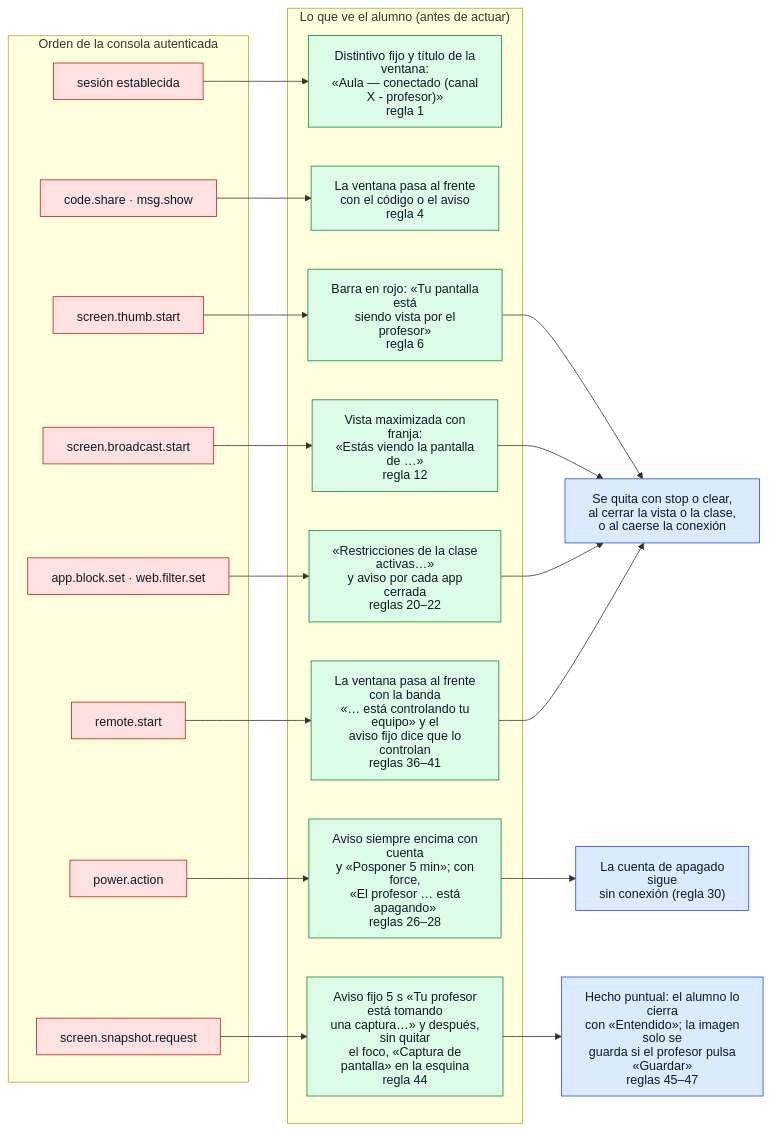
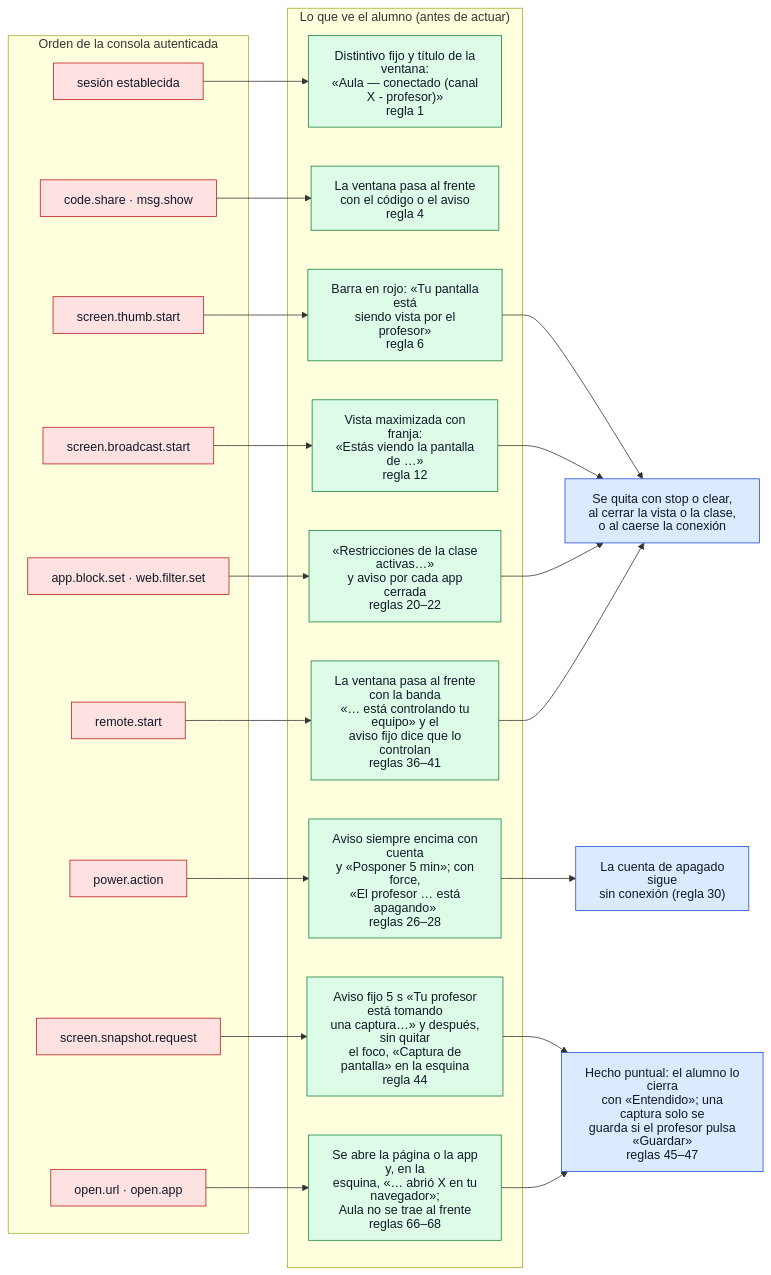
Before and after one commit to bayalad7/aula: the diagram in docs/v1/diagramas/09-transparencia-avisos.md, drawn with Mermaid. The commit also changed other lines of this file and 18 other files, not shown here.

First line of the commit message:
documentacion(docs): privacidad, manual, diagramas 09 y 13 y pruebas de abrir página o app

````diff
--- a/docs/v1/diagramas/09-transparencia-avisos.md
+++ b/docs/v1/diagramas/09-transparencia-avisos.md
@@ -14,52 +14,56 @@
 ```mermaid
 %%{init: {"htmlLabels": false, "flowchart": {"htmlLabels": false}}}%%
 flowchart LR
     subgraph ordenes["Orden de la consola autenticada"]
         conexion["sesión establecida"]
         share["code.share · msg.show"]
         thumb["screen.thumb.start"]
         bcast["screen.broadcast.start"]
         pol["app.block.set · web.filter.set"]
         pwr["power.action"]
         rmt["remote.start"]
         snap["screen.snapshot.request"]
+        abrir["open.url · open.app"]
     end
 
     subgraph avisos["Lo que ve el alumno (antes de actuar)"]
         distintivo["Distintivo fijo y título de la ventana:<br/>«Aula — conectado (canal X - profesor)»<br/>regla 1"]
         frente["La ventana pasa al frente<br/>con el código o el aviso<br/>regla 4"]
         visto["Barra en rojo: «Tu pantalla está<br/>siendo vista por el profesor»<br/>regla 6"]
         franja["Vista maximizada con franja:<br/>«Estás viendo la pantalla de …»<br/>regla 12"]
         restr["«Restricciones de la clase activas…»<br/>y aviso por cada app cerrada<br/>reglas 20–22"]
         energia["Aviso siempre encima con cuenta<br/>y «Posponer 5 min»; con force,<br/>«El profesor … está apagando»<br/>reglas 26–28"]
         control["La ventana pasa al frente con la banda<br/>«… está controlando tu equipo» y el<br/>aviso fijo dice que lo controlan<br/>reglas 36–41"]
         captura["Aviso fijo 5 s «Tu profesor está tomando<br/>una captura…» y después, sin quitar<br/>el foco, «Captura de pantalla» en la esquina<br/>regla 44"]
+        abierto["Se abre la página o la app y, en la<br/>esquina, «… abrió X en tu navegador»;<br/>Aula no se trae al frente<br/>reglas 66–68"]
     end
 
     fin["Se quita con stop o clear,<br/>al cerrar la vista o la clase,<br/>o al caerse la conexión"]
-    puntual["Hecho puntual: el alumno lo cierra<br/>con «Entendido»; la imagen solo se<br/>guarda si el profesor pulsa «Guardar»<br/>reglas 45–47"]
+    puntual["Hecho puntual: el alumno lo cierra<br/>con «Entendido»; una captura solo se<br/>guarda si el profesor pulsa «Guardar»<br/>reglas 45–47"]
     sigue["La cuenta de apagado sigue<br/>sin conexión (regla 30)"]
 
     conexion --> distintivo
     share --> frente
     thumb --> visto
     bcast --> franja
     pol --> restr
     pwr --> energia
     rmt --> control
     snap --> captura
     captura --> puntual
+    abrir --> abierto
+    abierto --> puntual
     visto --> fin
     franja --> fin
     restr --> fin
     control --> fin
     energia --> sigue
 
     classDef externo fill:#dbeafe,stroke:#1d4ed8,color:#111827
     classDef aula fill:#dcfce7,stroke:#15803d,color:#111827
     classDef datos fill:#ffedd5,stroke:#c2410c,color:#111827
     classDef seguridad fill:#fee2e2,stroke:#b91c1c,color:#111827
-    class conexion,share,thumb,bcast,pol,pwr,rmt,snap seguridad
-    class distintivo,frente,visto,franja,restr,energia,control,captura aula
+    class conexion,share,thumb,bcast,pol,pwr,rmt,snap,abrir seguridad
+    class distintivo,frente,visto,franja,restr,energia,control,captura,abierto aula
     class fin,sigue,puntual externo
 ```
````
